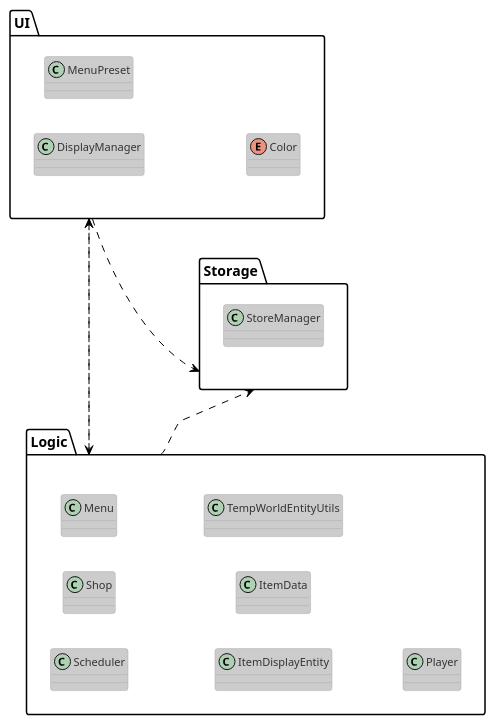
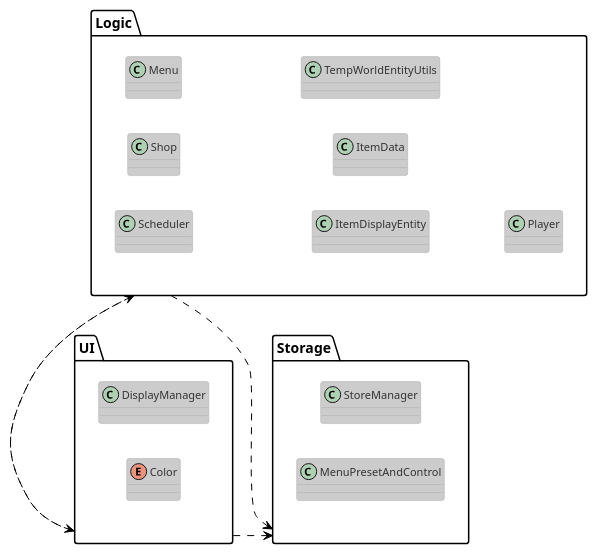
One commit to HeartingBe/GlobalShop_v3 changed the diagram in doc/uml/package_diagram.plantuml. Above: the diagram before and after it, drawn with PlantUML. The commit also changed 69 other files, not shown here.

```diff
--- a/doc/uml/package_diagram.plantuml
+++ b/doc/uml/package_diagram.plantuml
@@ -1,31 +1,31 @@
 @startuml package diagram
 !theme reddress-lightblue
 
 left to right direction
 
 package "UI" <<folder>> {
    class DisplayManager
-   class MenuPreset
    enum Color
 }
 
 package "Logic" <<folder>> {
    class Scheduler
    class Shop
    class Menu
    class ItemDisplayEntity
    class ItemData
    class TempWorldEntityUtils
    class Player
 }
 
 package "Storage" <<folder>> {
    class StoreManager
+   class MenuPresetAndControl
 }
 
 UI ..> Logic
 Logic ..> UI
 Logic ..> Storage
 UI ..> Storage
 
 @enduml
```
